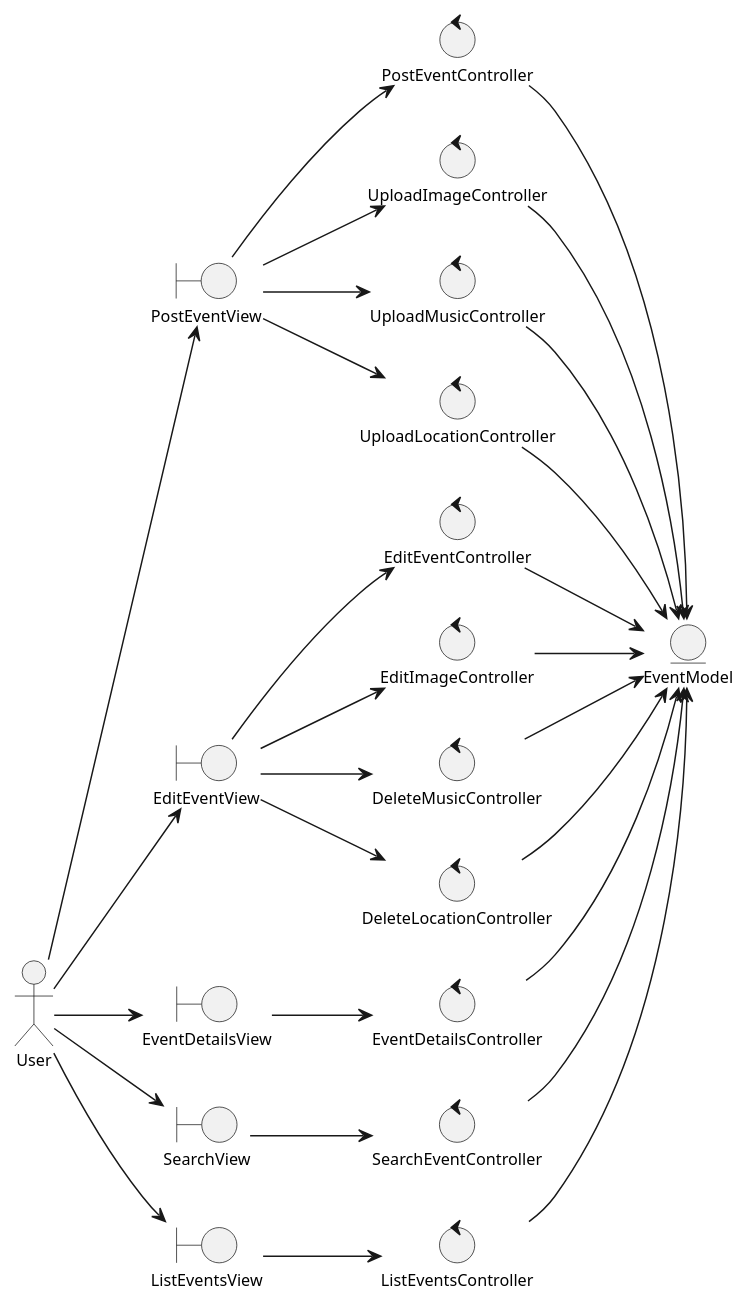
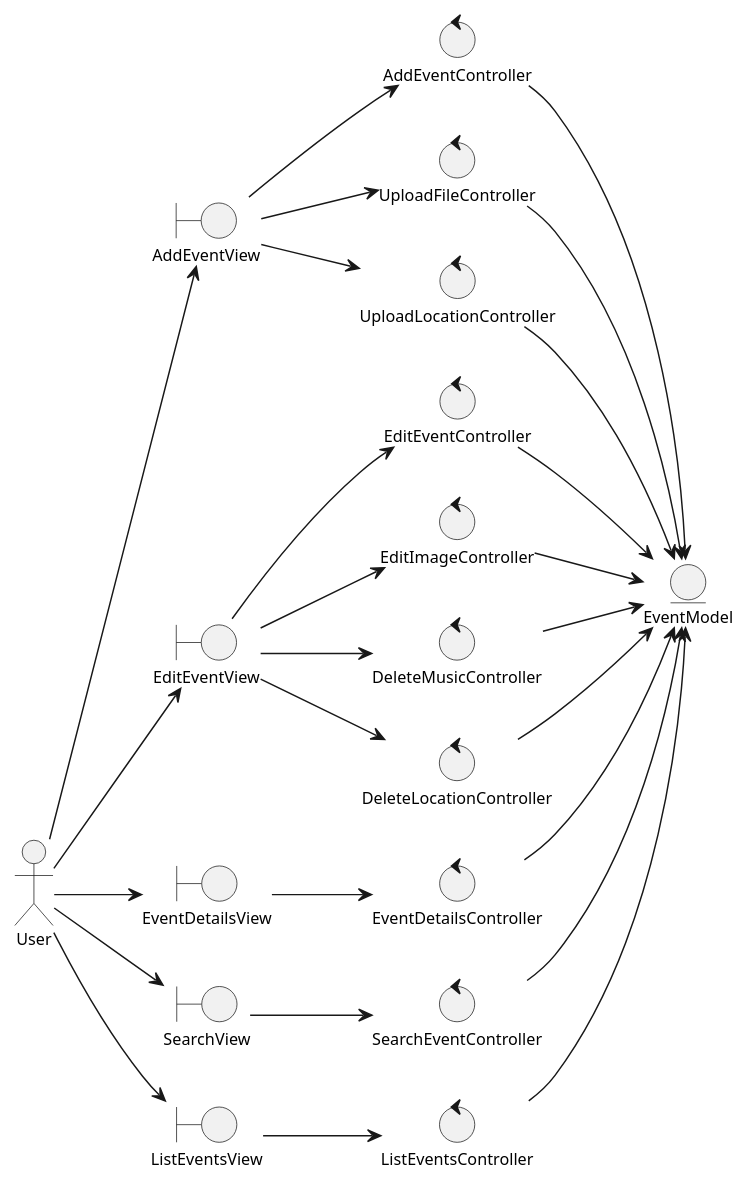
The diagram in Análisis/Clases de Análisis/analysisClassDiagramEventsManagements.plantuml (valeraruggierotesisucv/tesis-frameworks-mobile-diagrams), drawn with PlantUML before and after one commit.

Commit message:
Refactor event management use case diagram: rename PostEventView to AddEventView and update associated controllers and interactions

```diff
--- a/Análisis/Clases de Análisis/analysisClassDiagramEventsManagements.plantuml
+++ b/Análisis/Clases de Análisis/analysisClassDiagramEventsManagements.plantuml
@@ -1,59 +1,56 @@
 @startuml analysisClassDiagramEventsManagements
 skinparam style strictuml
 left to right direction
 skinparam defaultTextAlignment center
 skinparam defaultFontSize 11
 
 actor "User" as user
 
 entity "EventModel" as eventModel
 
-boundary "PostEventView" as postEventView
+boundary "AddEventView" as addEventView
 boundary "EditEventView" as editEventView
 boundary "EventDetailsView" as eventDetailsView
 boundary "SearchView" as searchView
 boundary "ListEventsView" as listEventsView
 
-control "PostEventController" as postEventController
-control "UploadImageController" as uploadImageController
-control "UploadMusicController" as uploadMusicController
+control "AddEventController" as addEventController
+control "UploadFileController" as uploadFileController
 control "UploadLocationController" as uploadLocationController
 control "EditEventController" as editEventController
 control "EditImageController" as editImageController
 control "DeleteMusicController" as deleteMusicController
 control "DeleteLocationController" as deleteLocationController
 control "EventDetailsController" as eventDetailsController
 control "SearchEventController" as searchEventController
 control "ListEventsController" as listEventsController
 
-user --> postEventView
+user --> addEventView
 user --> editEventView
 user --> eventDetailsView
 user --> searchView
 user --> listEventsView
 
-postEventView --> postEventController
-postEventView --> uploadImageController
-postEventView --> uploadMusicController
-postEventView --> uploadLocationController
+addEventView --> addEventController
+addEventView --> uploadFileController
+addEventView --> uploadLocationController
 editEventView --> editEventController
 editEventView --> editImageController
 editEventView --> deleteMusicController
 editEventView --> deleteLocationController
 eventDetailsView --> eventDetailsController
 searchView --> searchEventController
 listEventsView --> listEventsController
 
-postEventController --> eventModel
-uploadImageController --> eventModel
-uploadMusicController --> eventModel
+addEventController --> eventModel
+uploadFileController --> eventModel
 uploadLocationController --> eventModel
 editImageController --> eventModel
 deleteMusicController --> eventModel
 deleteLocationController --> eventModel
 editEventController --> eventModel
 eventDetailsController --> eventModel
 searchEventController --> eventModel
 listEventsController --> eventModel
 
 @enduml
```
